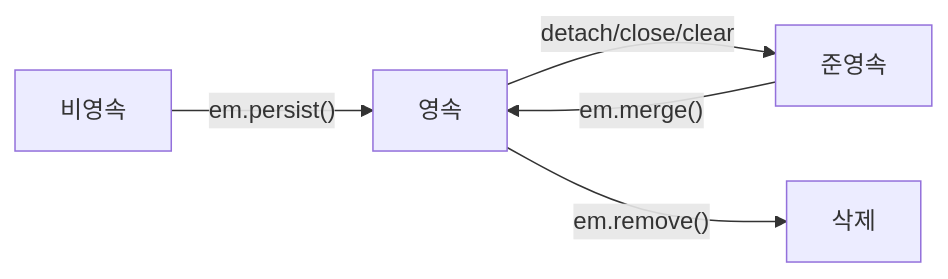
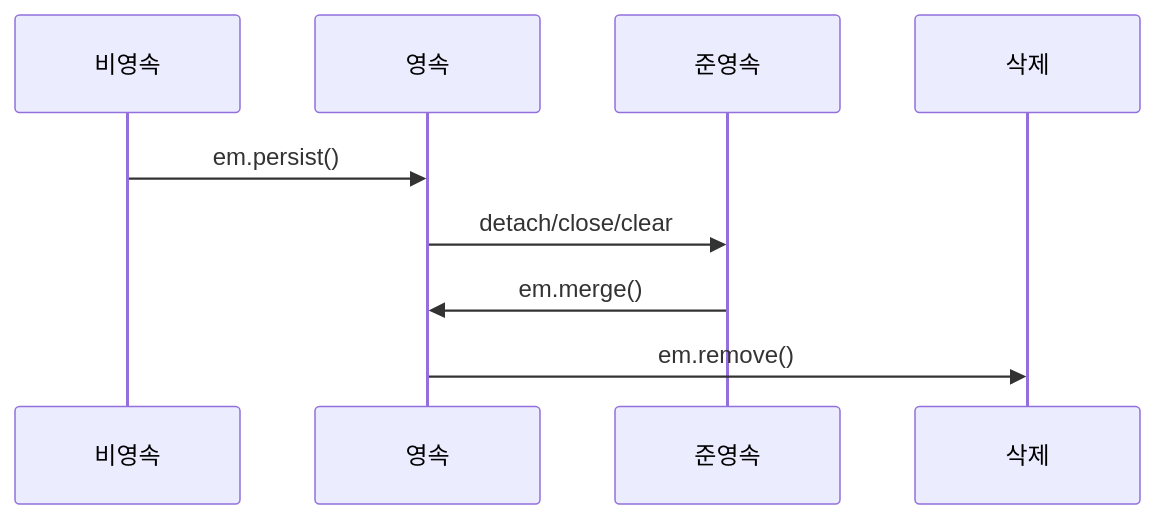
The seventh of 10 diagrams in _posts/jpa/2026-05-01-jpa-fundamentals.md (yjkim2015/yjkim2015.github.io), drawn with Mermaid before and after one commit. The commit also changed other lines of this file and 89 other files, not shown here.

First line of the commit message:
복잡한 flowchart 163개 → sequenceDiagram 변환 (90파일)

````diff
--- a/_posts/jpa/2026-05-01-jpa-fundamentals.md
+++ b/_posts/jpa/2026-05-01-jpa-fundamentals.md
@@ -250,11 +249,7 @@
 ```mermaid
-graph LR
-    비영속["비영속"]
-    영속["영속"]
-    준영속["준영속"]
-    삭제["삭제"]
-    비영속 -->|"em.persist()"| 영속
-    영속 -->|"detach/close/clear"| 준영속
-    준영속 -->|"em.merge()"| 영속
-    영속 -->|"em.remove()"| 삭제
+sequenceDiagram
+    비영속->>영속: em.persist()
+    영속->>준영속: detach/close/clear
+    준영속->>영속: em.merge()
+    영속->>삭제: em.remove()
 ```
````
